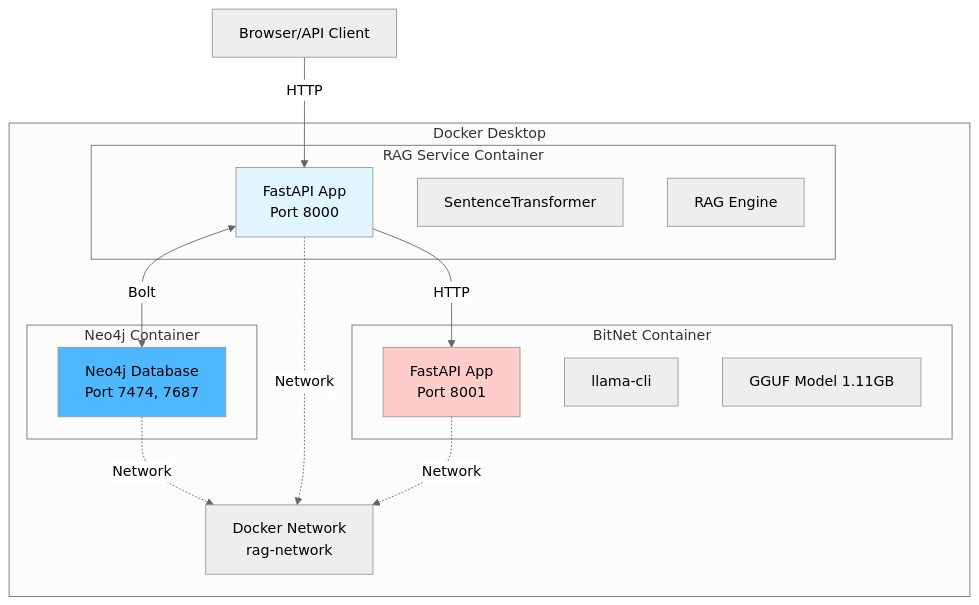
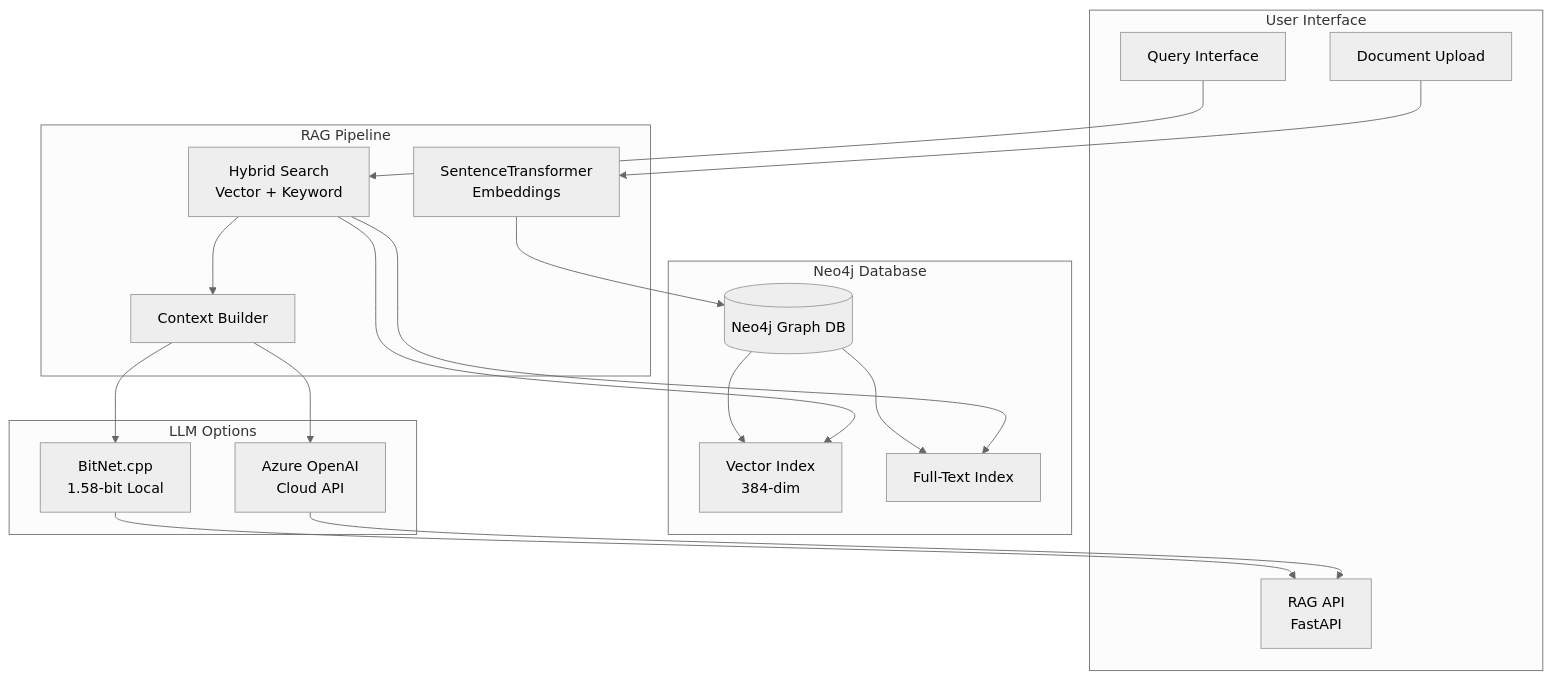
The diagram in docs/ARCHITECTURE.md (ma3u/neo4j-agentframework), drawn with Mermaid (neutral theme) before and after one commit. The commit also changed other lines of this file and 5 other files, not shown here.

First line of the commit message:
Update README with Azure AI Foundry architecture and enhanced content

````diff
--- a/docs/ARCHITECTURE.md
+++ b/docs/ARCHITECTURE.md
@@ -228,34 +18,41 @@
 ```mermaid
 graph TB
-    subgraph "Docker Desktop"
-        subgraph "Neo4j Container"
-            Neo4jDB[Neo4j Database<br/>Port 7474, 7687]
-        end
-
-        subgraph "RAG Service Container"
-            RAGApp[FastAPI App<br/>Port 8000]
-            SentTrans[SentenceTransformer]
-            RAGEngine[RAG Engine]
-        end
-
-        subgraph "BitNet Container"
-            BitNetApp[FastAPI App<br/>Port 8001]
-            LlamaCLI[llama-cli]
-            BitNetModel[GGUF Model 1.11GB]
-        end
-
-        Network[Docker Network<br/>rag-network]
+    subgraph "User Interface"
+        API[RAG API<br/>FastAPI]
+        DOC[Document Upload]
+        QUERY[Query Interface]
     end
-
-    Client[Browser/API Client] -->|HTTP| RAGApp
-    RAGApp <-->|Bolt| Neo4jDB
-    RAGApp -->|HTTP| BitNetApp
-
-    Neo4jDB -.->|Network| Network
-    RAGApp -.->|Network| Network
-    BitNetApp -.->|Network| Network
-
-    style Neo4jDB fill:#4db8ff
-    style RAGApp fill:#e1f5ff
-    style BitNetApp fill:#ffcccc
+    
+    subgraph "Neo4j Database"
+        NEO[(Neo4j Graph DB)]
+        VEC[Vector Index<br/>384-dim]
+        FULL[Full-Text Index]
+    end
+    
+    subgraph "RAG Pipeline"
+        EMBED[SentenceTransformer<br/>Embeddings]
+        SEARCH[Hybrid Search<br/>Vector + Keyword]
+        CONTEXT[Context Builder]
+    end
+    
+    subgraph "LLM Options"
+        BITNET[BitNet.cpp<br/>1.58-bit Local]
+        AZURE[Azure OpenAI<br/>Cloud API]
+    end
+    
+    DOC --> EMBED
+    EMBED --> NEO
+    NEO --> VEC
+    NEO --> FULL
+    
+    QUERY --> SEARCH
+    SEARCH --> VEC
+    SEARCH --> FULL
+    SEARCH --> CONTEXT
+    
+    CONTEXT --> BITNET
+    CONTEXT --> AZURE
+    
+    BITNET --> API
+    AZURE --> API
 ```
````
